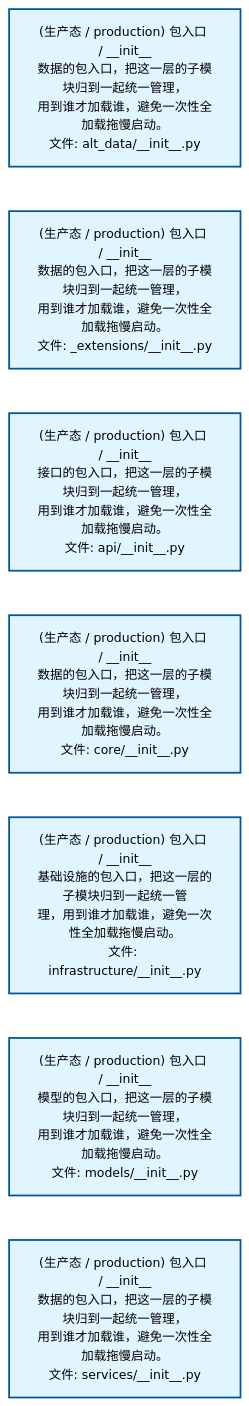
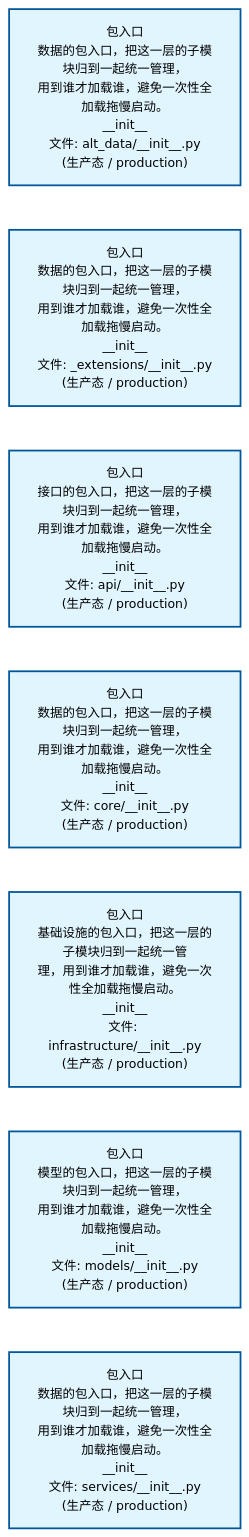
The first of 2 diagrams in docs/02_enterprise_architecture/02_domain_architecture_docs/09_d_alt_data.md (xuanFelixVan/ZephyrAlpha), drawn with Mermaid before and after one commit. The commit also changed other lines of this file and 62 other files, not shown here.

````diff
--- a/docs/02_enterprise_architecture/02_domain_architecture_docs/09_d_alt_data.md
+++ b/docs/02_enterprise_architecture/02_domain_architecture_docs/09_d_alt_data.md
@@ -53,22 +53,22 @@
 ```mermaid
 %%{init: {'theme': 'base', 'themeVariables': {'primaryColor': '#eaeaea', 'primaryTextColor': '#333333', 'primaryBorderColor': '#666666', 'lineColor': '#666666', 'secondaryColor': '#eaeaea', 'tertiaryColor': '#eaeaea', 'fontSize': '14px'}}}%%
 flowchart TD
-    src_zephyr_alt_data_init_py["(生产态 / production) 包入口 / __init__<br/>数据的包入口，把这一层的子模块归到一起统一管理，<br/>用到谁才加载谁，避免一次性全加载拖慢启动。<br/>文件: alt_data/__init__.py"]
-    src_zephyr_alt_data_extensions_init_py["(生产态 / production) 包入口 / __init__<br/>数据的包入口，把这一层的子模块归到一起统一管理，<br/>用到谁才加载谁，避免一次性全加载拖慢启动。<br/>文件: _extensions/__init__.py"]
-    src_zephyr_alt_data_api_init_py["(生产态 / production) 包入口 / __init__<br/>接口的包入口，把这一层的子模块归到一起统一管理，<br/>用到谁才加载谁，避免一次性全加载拖慢启动。<br/>文件: api/__init__.py"]
-    src_zephyr_alt_data_core_init_py["(生产态 / production) 包入口 / __init__<br/>数据的包入口，把这一层的子模块归到一起统一管理，<br/>用到谁才加载谁，避免一次性全加载拖慢启动。<br/>文件: core/__init__.py"]
-    src_zephyr_alt_data_infrastructure_init_py["(生产态 / production) 包入口 / __init__<br/>基础设施的包入口，把这一层的子模块归到一起统一管<br/>理，用到谁才加载谁，避免一次性全加载拖慢启动。<br/>文件: infrastructure/__init__.py"]
-    src_zephyr_alt_data_models_init_py["(生产态 / production) 包入口 / __init__<br/>模型的包入口，把这一层的子模块归到一起统一管理，<br/>用到谁才加载谁，避免一次性全加载拖慢启动。<br/>文件: models/__init__.py"]
-    src_zephyr_alt_data_services_init_py["(生产态 / production) 包入口 / __init__<br/>数据的包入口，把这一层的子模块归到一起统一管理，<br/>用到谁才加载谁，避免一次性全加载拖慢启动。<br/>文件: services/__init__.py"]
+    src_zephyr_alt_data_init_py["包入口<br/>数据的包入口，把这一层的子模块归到一起统一管理，<br/>用到谁才加载谁，避免一次性全加载拖慢启动。<br/>__init__<br/>文件: alt_data/__init__.py<br/>(生产态 / production)"]
+    src_zephyr_alt_data_extensions_init_py["包入口<br/>数据的包入口，把这一层的子模块归到一起统一管理，<br/>用到谁才加载谁，避免一次性全加载拖慢启动。<br/>__init__<br/>文件: _extensions/__init__.py<br/>(生产态 / production)"]
+    src_zephyr_alt_data_api_init_py["包入口<br/>接口的包入口，把这一层的子模块归到一起统一管理，<br/>用到谁才加载谁，避免一次性全加载拖慢启动。<br/>__init__<br/>文件: api/__init__.py<br/>(生产态 / production)"]
+    src_zephyr_alt_data_core_init_py["包入口<br/>数据的包入口，把这一层的子模块归到一起统一管理，<br/>用到谁才加载谁，避免一次性全加载拖慢启动。<br/>__init__<br/>文件: core/__init__.py<br/>(生产态 / production)"]
+    src_zephyr_alt_data_infrastructure_init_py["包入口<br/>基础设施的包入口，把这一层的子模块归到一起统一管<br/>理，用到谁才加载谁，避免一次性全加载拖慢启动。<br/>__init__<br/>文件: infrastructure/__init__.py<br/>(生产态 / production)"]
+    src_zephyr_alt_data_models_init_py["包入口<br/>模型的包入口，把这一层的子模块归到一起统一管理，<br/>用到谁才加载谁，避免一次性全加载拖慢启动。<br/>__init__<br/>文件: models/__init__.py<br/>(生产态 / production)"]
+    src_zephyr_alt_data_services_init_py["包入口<br/>数据的包入口，把这一层的子模块归到一起统一管理，<br/>用到谁才加载谁，避免一次性全加载拖慢启动。<br/>__init__<br/>文件: services/__init__.py<br/>(生产态 / production)"]
     src_zephyr_alt_data_init_py ~~~ src_zephyr_alt_data_extensions_init_py
     src_zephyr_alt_data_extensions_init_py ~~~ src_zephyr_alt_data_api_init_py
     src_zephyr_alt_data_api_init_py ~~~ src_zephyr_alt_data_core_init_py
     src_zephyr_alt_data_core_init_py ~~~ src_zephyr_alt_data_infrastructure_init_py
     src_zephyr_alt_data_infrastructure_init_py ~~~ src_zephyr_alt_data_models_init_py
     src_zephyr_alt_data_models_init_py ~~~ src_zephyr_alt_data_services_init_py
     classDef production fill:#e1f5fe,stroke:#01579b,stroke-width:2px,color:#000
     classDef design fill:#fff3e0,stroke:#e65100,stroke-width:2px,color:#000,stroke-dasharray: 5 5
     classDef external_prod fill:#e8f4fd,stroke:#0277bd,stroke-width:1px,color:#000
     classDef external_design fill:#fff8e7,stroke:#ef6c00,stroke-width:1px,color:#000,stroke-dasharray: 5 5
     class src_zephyr_alt_data_init_py,src_zephyr_alt_data_extensions_init_py,src_zephyr_alt_data_api_init_py,src_zephyr_alt_data_core_init_py,src_zephyr_alt_data_infrastructure_init_py,src_zephyr_alt_data_models_init_py,src_zephyr_alt_data_services_init_py production
 ```
````
